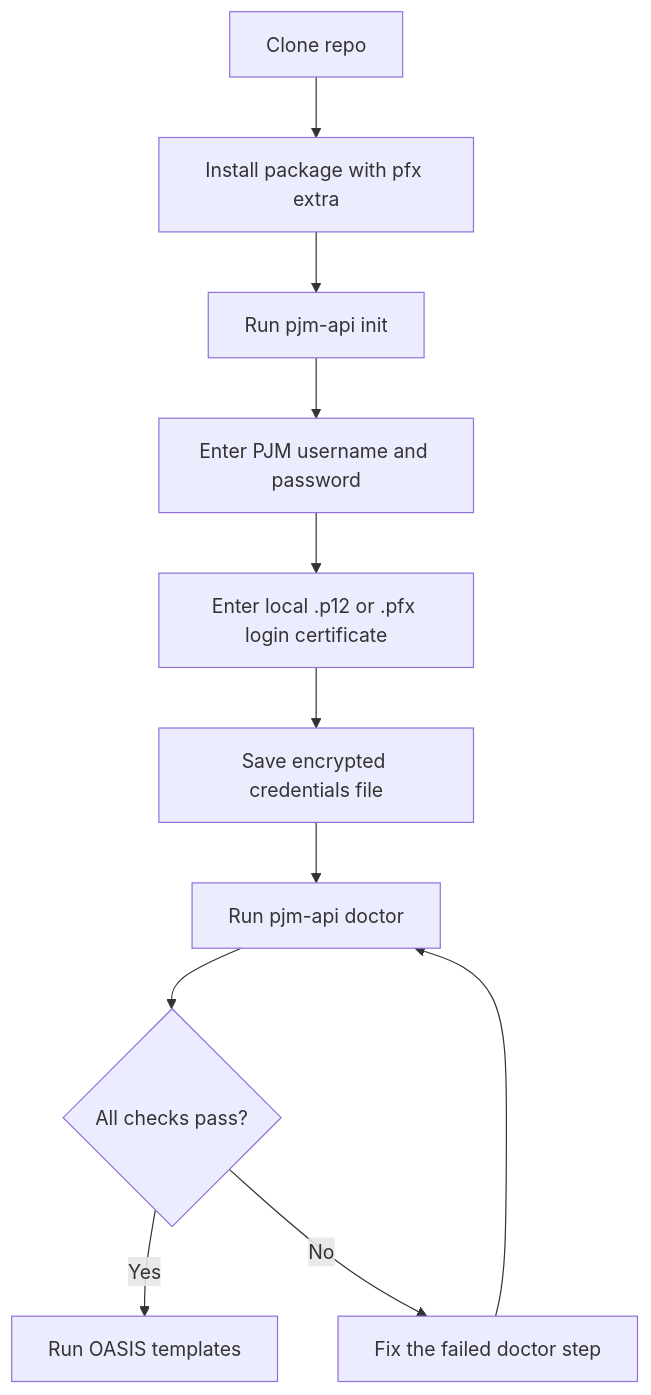
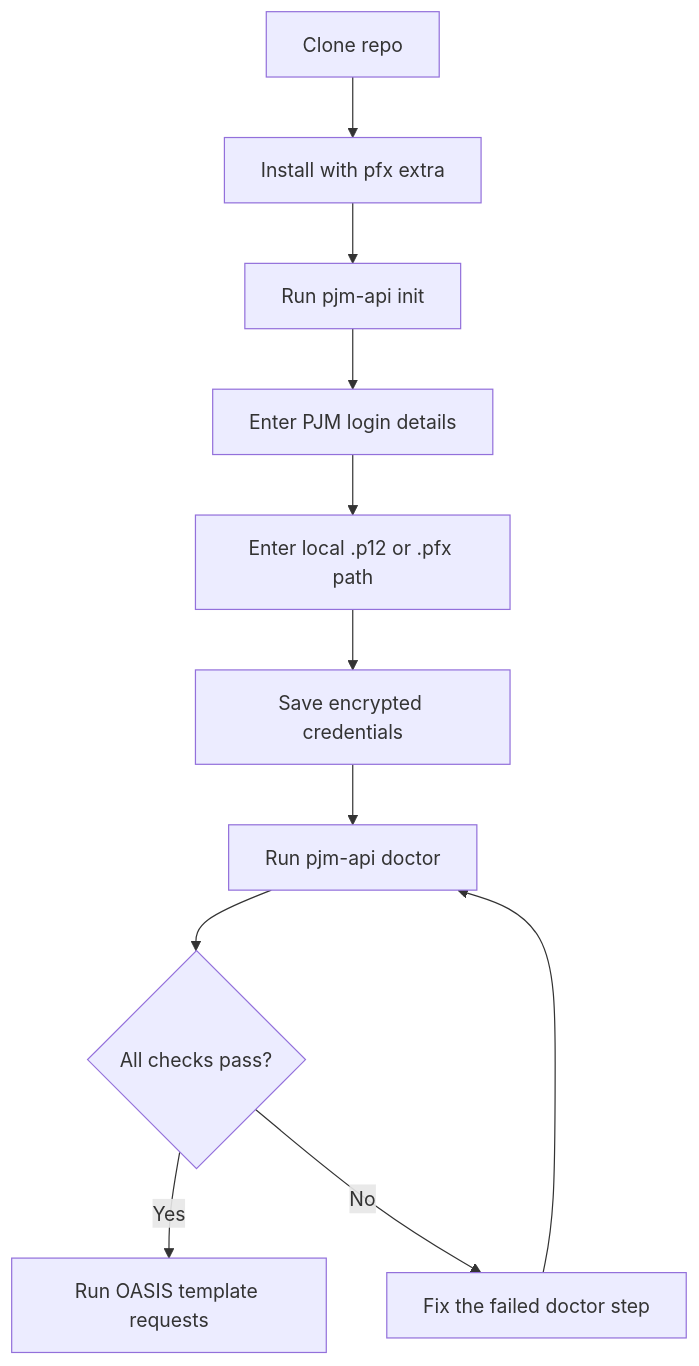
Before and after one commit to willschenk/pjm-api: the first of 3 diagrams in README.md, drawn with Mermaid. The commit also changed other lines of this file, not shown here.

Commit message:
Rewrite README around setup flow and diagrams

````diff
--- a/README.md
+++ b/README.md
@@ -90,13 +80,13 @@
 ```mermaid
 flowchart TD
-    A[Clone repo] --> B[Install package with pfx extra]
+    A[Clone repo] --> B[Install with pfx extra]
     B --> C[Run pjm-api init]
-    C --> D[Enter PJM username and password]
-    D --> E[Enter local .p12 or .pfx login certificate]
-    E --> F[Save encrypted credentials file]
+    C --> D[Enter PJM login details]
+    D --> E[Enter local .p12 or .pfx path]
+    E --> F[Save encrypted credentials]
     F --> G[Run pjm-api doctor]
     G --> H{All checks pass?}
-    H -->|Yes| I[Run OASIS templates]
+    H -->|Yes| I[Run OASIS template requests]
     H -->|No| J[Fix the failed doctor step]
     J --> G
 ```
````
